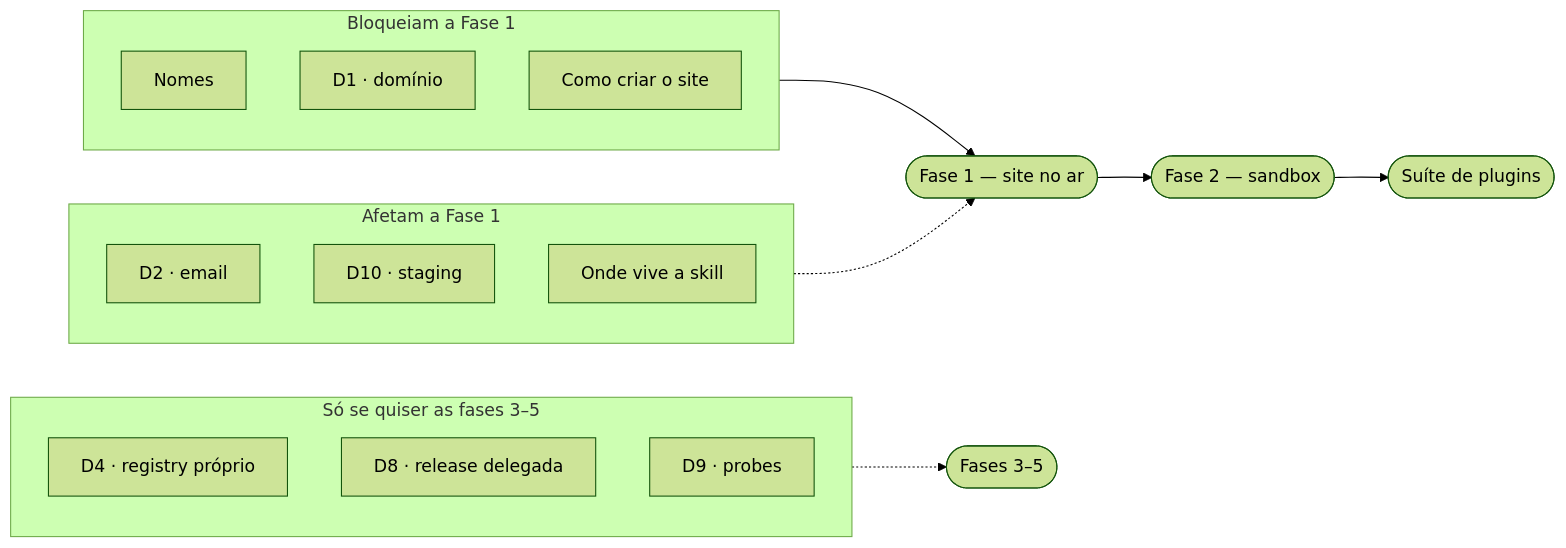
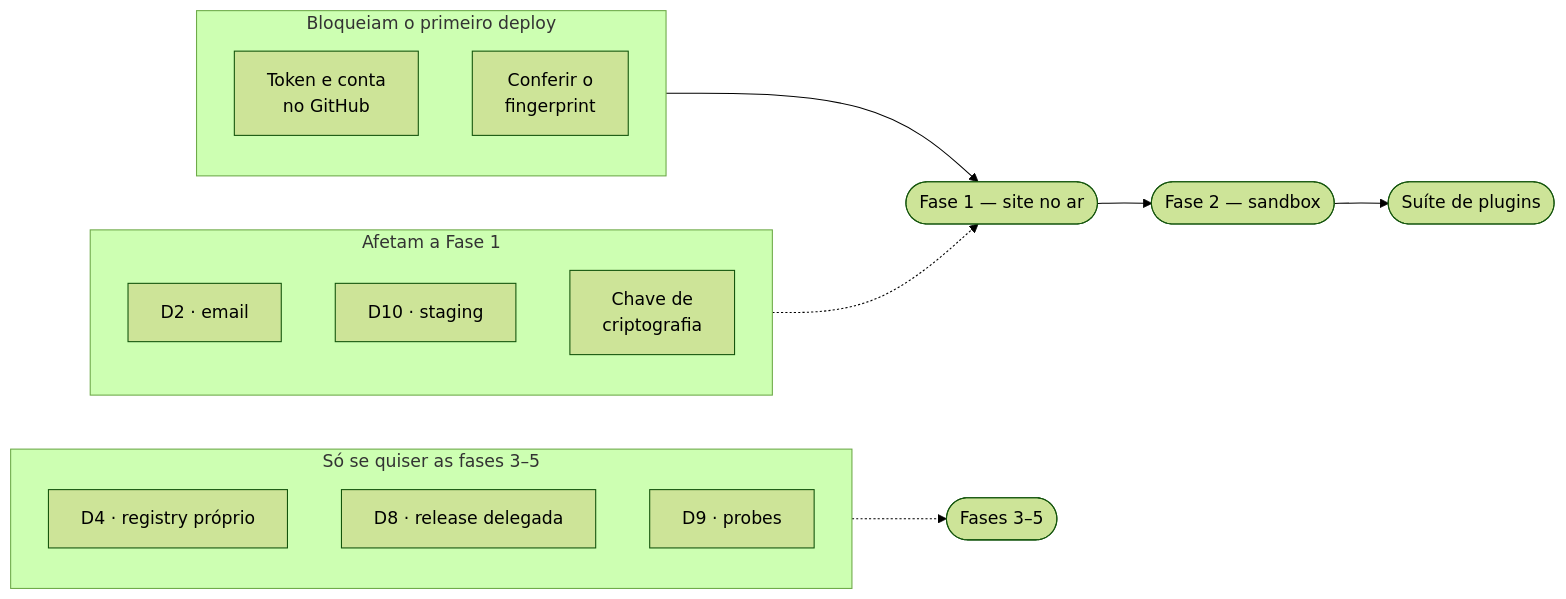
One commit to hector-hi/Hector-Ai-platform changed the diagram in docs/05-decisoes.md. Above: the diagram before and after it, drawn with Mermaid (forest theme). The commit also changed other lines of this file and 57 other files, not shown here.

First line of the commit message:
Site EmDash na raiz, workflows de CI e Deploy, skill v1.3.0

````diff
--- a/docs/05-decisoes.md
+++ b/docs/05-decisoes.md
@@ -9,22 +9,21 @@
 ```mermaid
 flowchart LR
-  subgraph agora["Bloqueiam a Fase 1"]
-    N["Nomes"]
-    D1["D1 · domínio"]
-    S["Como criar o site"]
+  subgraph agora["Bloqueiam o primeiro deploy"]
+    N["Token e conta<br/>no GitHub"]
+    S["Conferir o<br/>fingerprint"]
   end
   subgraph logo["Afetam a Fase 1"]
     D2["D2 · email"]
     D10["D10 · staging"]
-    L["Onde vive a skill"]
+    K["Chave de<br/>criptografia"]
   end
   subgraph depois["Só se quiser as fases 3–5"]
     D4["D4 · registry próprio"]
     D8["D8 · release delegada"]
     D9["D9 · probes"]
   end
   agora --> F1(["Fase 1 — site no ar"])
   logo -.-> F1
   F1 --> F2(["Fase 2 — sandbox"]) --> SU(["Suíte de plugins"])
   depois -.-> OPT(["Fases 3–5"])
 ```
````
